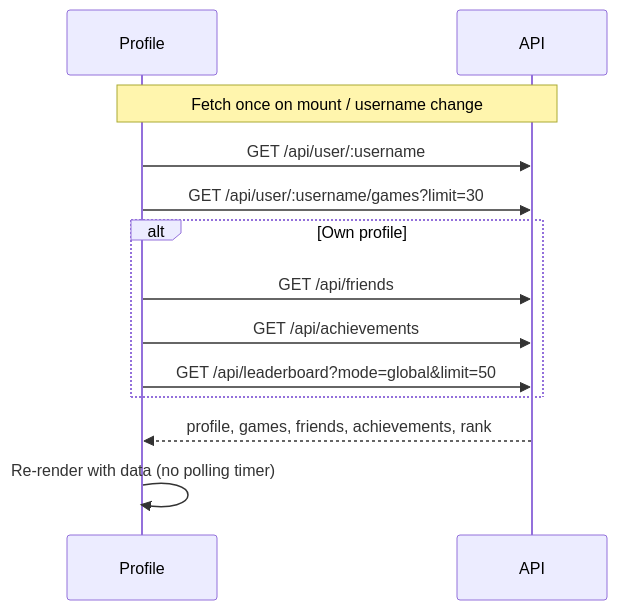
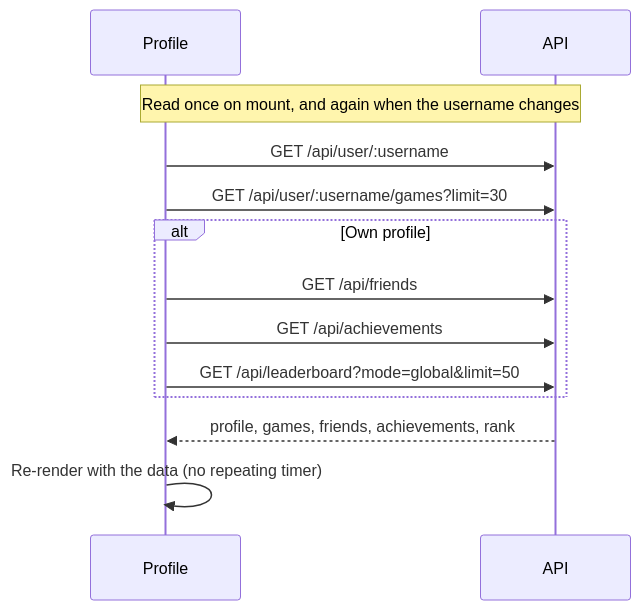
The second of 2 diagrams in docs/frontend/frontend-profile-module.md (JaxzTan/ft_transcendence), drawn with Mermaid before and after one commit. The commit also changed other lines of this file and 39 other files, not shown here.

````diff
--- a/docs/frontend/frontend-profile-module.md
+++ b/docs/frontend/frontend-profile-module.md
@@ -124,16 +124,16 @@
 ```mermaid
 sequenceDiagram
     participant Profile
     participant API
 
-    Note over Profile,API: Fetch once on mount / username change
+    Note over Profile,API: Read once on mount, and again when the username changes
     Profile->>API: GET /api/user/:username
     Profile->>API: GET /api/user/:username/games?limit=30
     alt Own profile
         Profile->>API: GET /api/friends
         Profile->>API: GET /api/achievements
         Profile->>API: GET /api/leaderboard?mode=global&limit=50
     end
     API-->>Profile: profile, games, friends, achievements, rank
-    Profile->>Profile: Re-render with data (no polling timer)
+    Profile->>Profile: Re-render with the data (no repeating timer)
 ```
````
